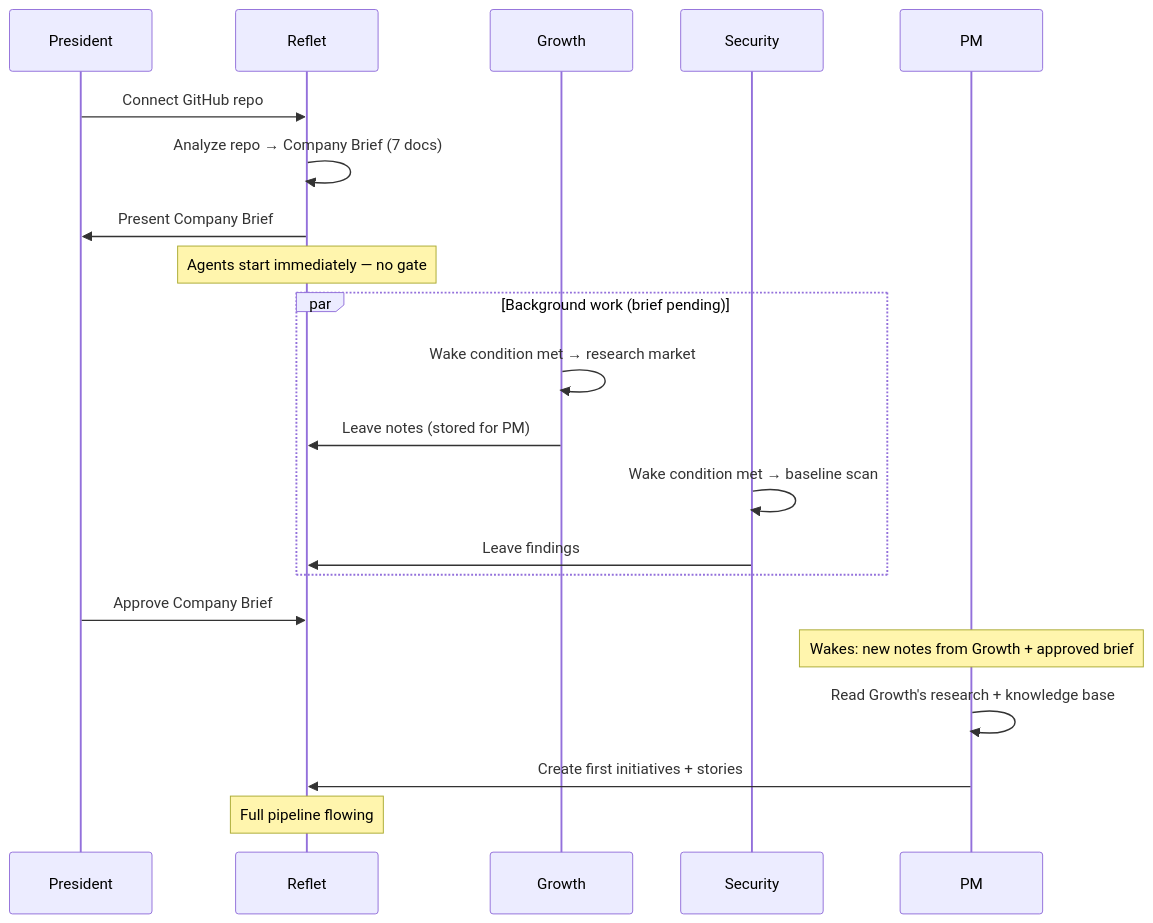
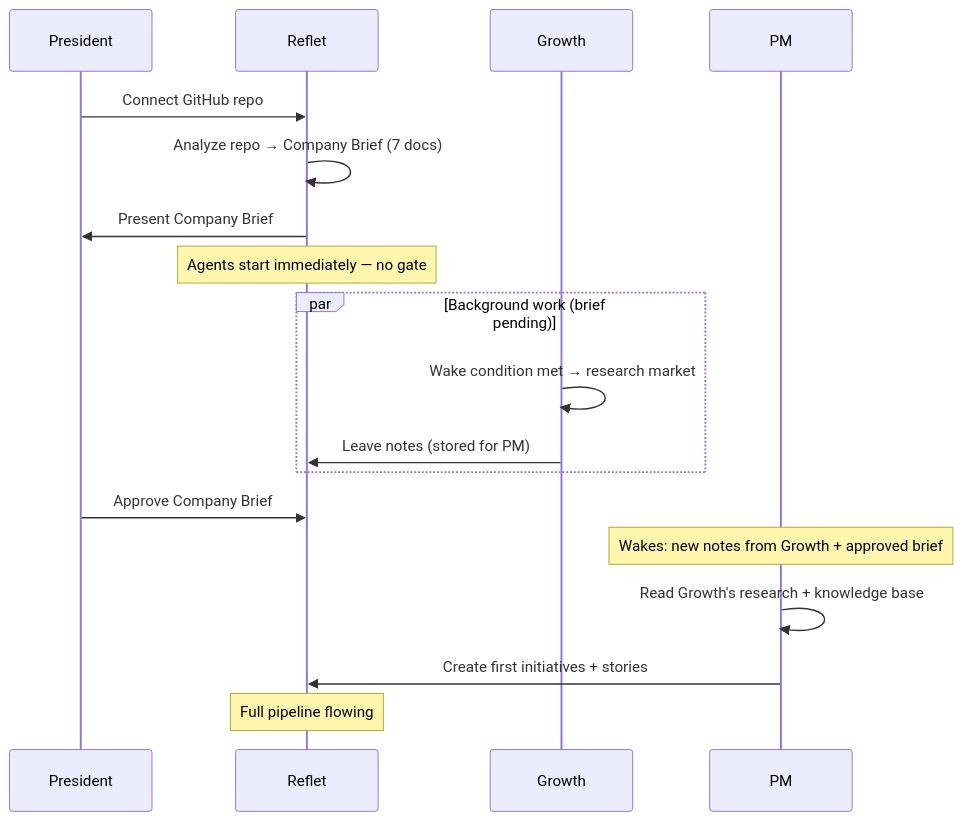
Before and after one commit to damien-schneider/reflet: the seventh of 12 diagrams in docs/autopilot_arch_graph.md, drawn with Mermaid. The commit also changed other lines of this file and 35 other files, not shown here.

First line of the commit message:
refactor(autopilot): remove architect, docs, and security agents and simplify config

````diff
--- a/docs/autopilot_arch_graph.md
+++ b/docs/autopilot_arch_graph.md
@@ -212,30 +207,27 @@
 ```mermaid
 sequenceDiagram
     participant User as President
     participant System as Reflet
     participant Growth as Growth
-    participant Security as Security
     participant PM as PM
 
     User->>System: Connect GitHub repo
     System->>System: Analyze repo → Company Brief (7 docs)
     System->>User: Present Company Brief
 
     Note over System: Agents start immediately — no gate
 
     par Background work (brief pending)
         Growth->>Growth: Wake condition met → research market
         Growth->>System: Leave notes (stored for PM)
-        Security->>Security: Wake condition met → baseline scan
-        Security->>System: Leave findings
     end
 
     User->>System: Approve Company Brief
 
     Note over PM: Wakes: new notes from Growth + approved brief
 
     PM->>PM: Read Growth's research + knowledge base
     PM->>System: Create first initiatives + stories
 
     Note over System: Full pipeline flowing
 ```
````
